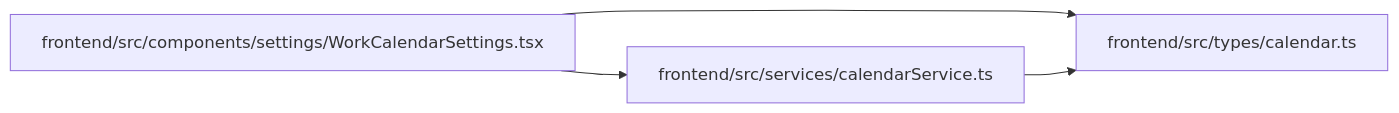
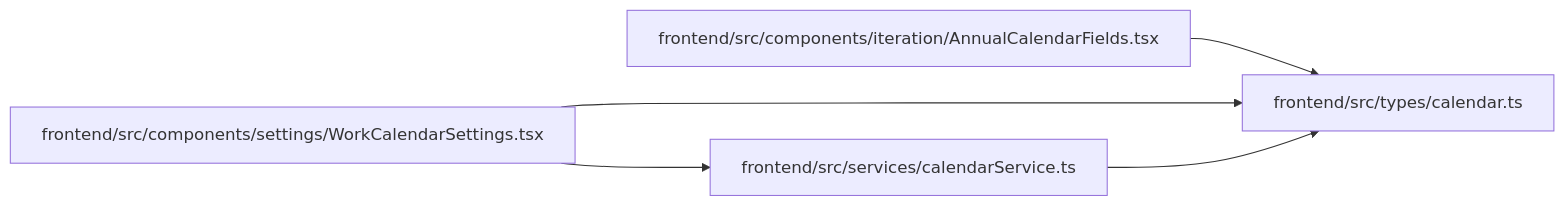
Before and after one commit to Denissvgn/WorkChord: the diagram in docs/llm_wiki/modules/types_calendar.md, drawn with Mermaid. The commit also changed other lines of this file and 920 other files, not shown here.

````diff
--- a/docs/llm_wiki/modules/types_calendar.md
+++ b/docs/llm_wiki/modules/types_calendar.md
@@ -20,12 +20,15 @@
 ```mermaid
 flowchart LR
-    n0["frontend/src/components/settings/WorkCalendarSettings.tsx"]
-    n1["frontend/src/services/calendarService.ts"]
-    n2["frontend/src/types/calendar.ts"]
-    n0 --> n1
-    n0 --> n2
+    n0["frontend/src/components/iteration/AnnualCalendarFields.tsx"]
+    n1["frontend/src/components/settings/WorkCalendarSettings.tsx"]
+    n2["frontend/src/services/calendarService.ts"]
+    n3["frontend/src/types/calendar.ts"]
+    n0 --> n3
     n1 --> n2
-    click n0 "../modules/WorkCalendarSettings.md"
-    click n1 "../modules/calendarService.md"
-    click n2 "../modules/types_calendar.md"
+    n1 --> n3
+    n2 --> n3
+    click n0 "../modules/AnnualCalendarFields.md"
+    click n1 "../modules/WorkCalendarSettings.md"
+    click n2 "../modules/calendarService.md"
+    click n3 "../modules/types_calendar.md"
 ```
````
